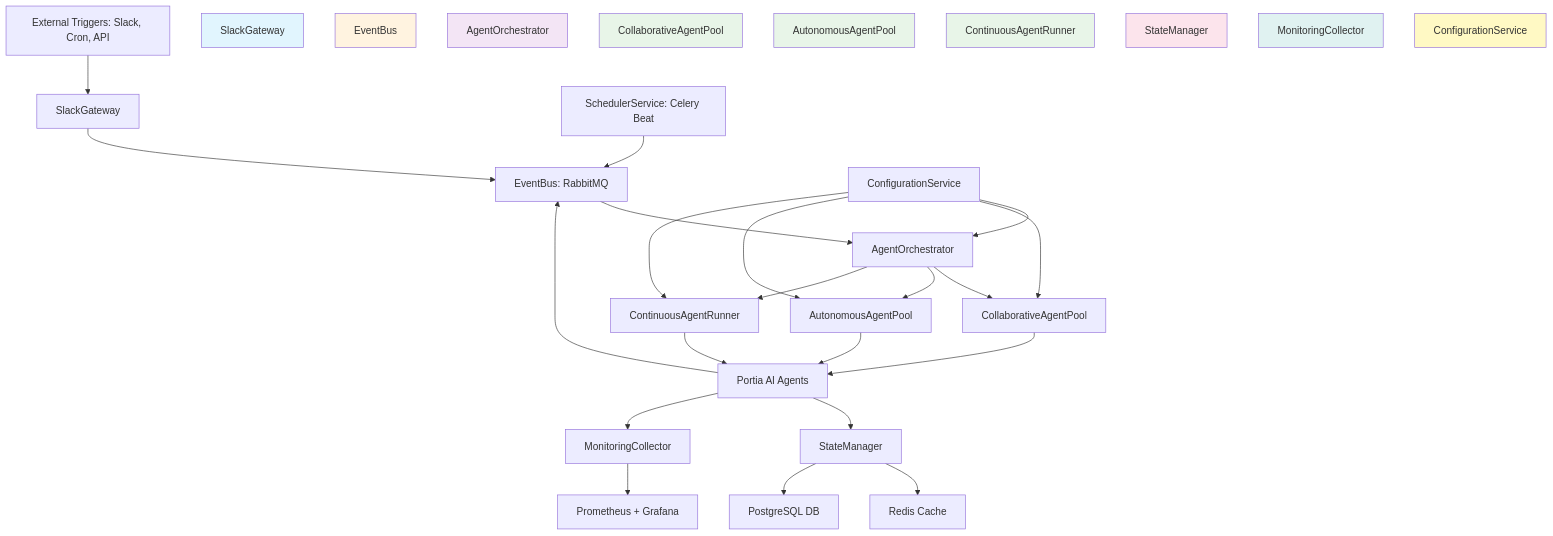
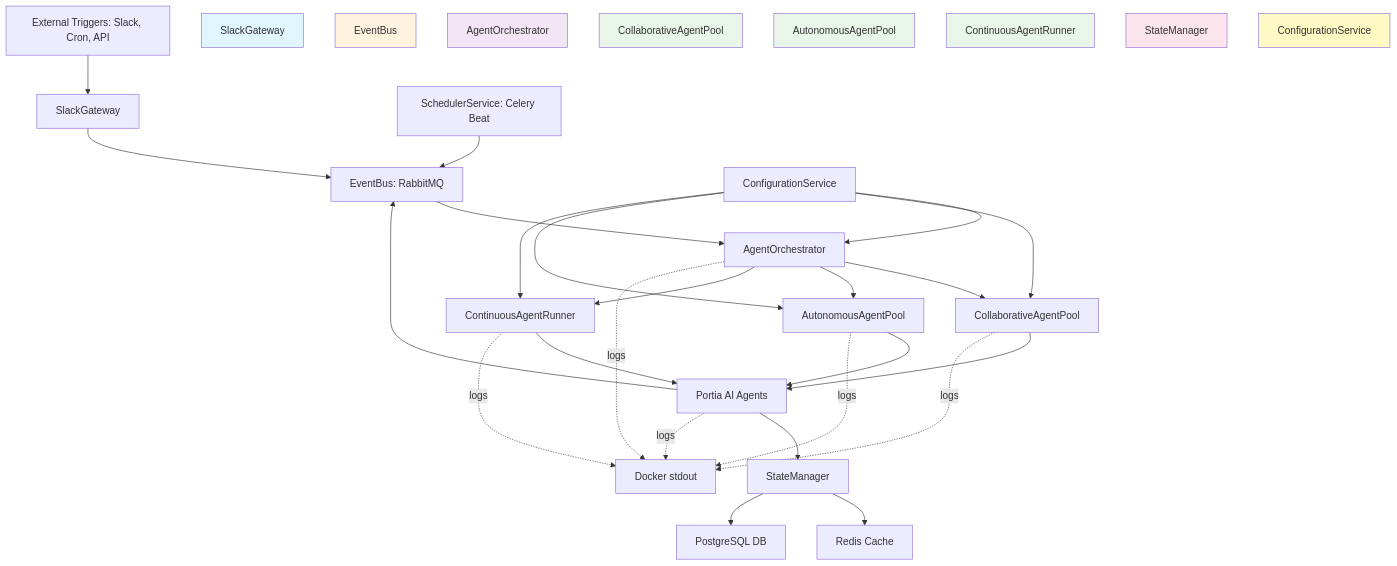
One commit to tgrecojr/agentrunner changed the diagram in docs/01-blueprint.md. Above: the diagram before and after it, drawn with Mermaid. The commit also changed other lines of this file and 5 other files, not shown here.

Commit message:
Simplified by removing Monitoring Collector and advanced alerting.  Moved this to future implementation

````diff
--- a/docs/01-blueprint.md
+++ b/docs/01-blueprint.md
@@ -48,40 +49,44 @@
 ```mermaid
 graph TD
     A[External Triggers: Slack, Cron, API] --> B[SlackGateway]
     B --> C[EventBus: RabbitMQ]
 
     D[SchedulerService: Celery Beat] --> C
 
     C --> E[AgentOrchestrator]
     E --> F[CollaborativeAgentPool]
     E --> G[AutonomousAgentPool]
     E --> H[ContinuousAgentRunner]
 
     F --> I[Portia AI Agents]
     G --> I
     H --> I
 
     I --> J[StateManager]
     J --> K[Redis Cache]
     J --> L[PostgreSQL DB]
 
     I --> C
-    I --> M[MonitoringCollector]
-    M --> N[Prometheus + Grafana]
 
-    O[ConfigurationService] --> E
-    O --> F
-    O --> G
-    O --> H
+    M[ConfigurationService] --> E
+    M --> F
+    M --> G
+    M --> H
+
+    %% All components log to stdout with trace IDs
+    I -.->|logs| N[Docker stdout]
+    E -.->|logs| N
+    F -.->|logs| N
+    G -.->|logs| N
+    H -.->|logs| N
 
     %% Style components for clarity
     style SlackGateway fill:#e1f5fe
     style EventBus fill:#fff3e0
     style AgentOrchestrator fill:#f3e5f5
     style CollaborativeAgentPool fill:#e8f5e8
     style AutonomousAgentPool fill:#e8f5e8
     style ContinuousAgentRunner fill:#e8f5e8
     style StateManager fill:#fce4ec
-    style MonitoringCollector fill:#e0f2f1
     style ConfigurationService fill:#fff9c4
 ```
````
